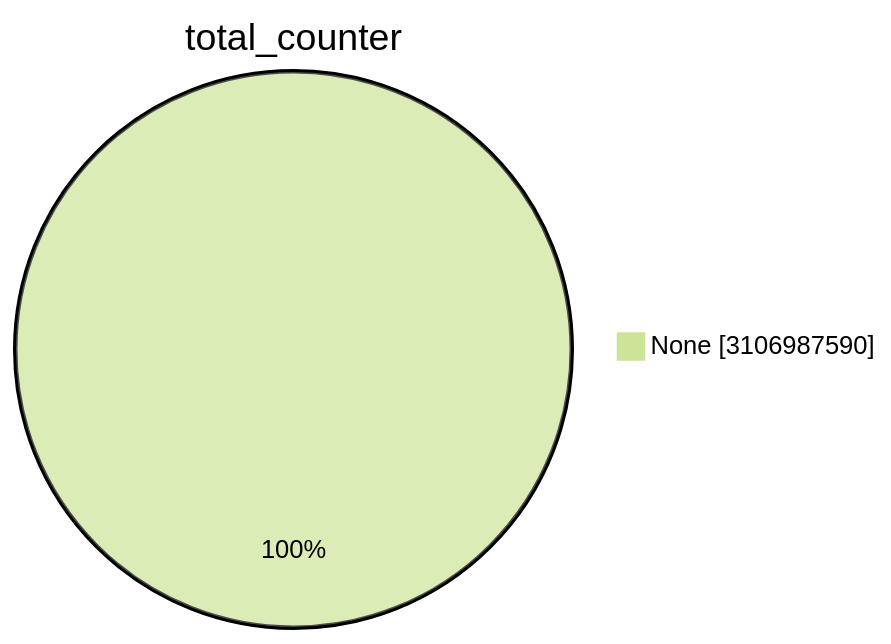
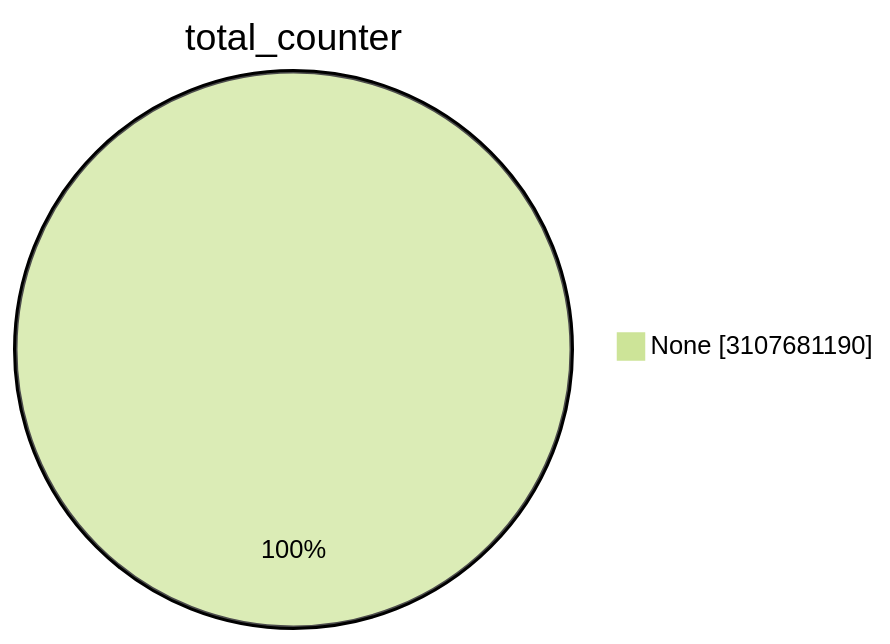
The first of 15 diagrams in TOTAL/README.md (christiankrug/ctmonitor_visualization), drawn with Mermaid (forest theme) before and after one commit. The commit also changed other lines of this file, not shown here.

````diff
--- a/TOTAL/README.md
+++ b/TOTAL/README.md
@@ -1,5 +1,5 @@
 ```mermaid
 pie showData
 title total_counter
-"None" :3106987590
+"None" :3107681190
 ```
````
